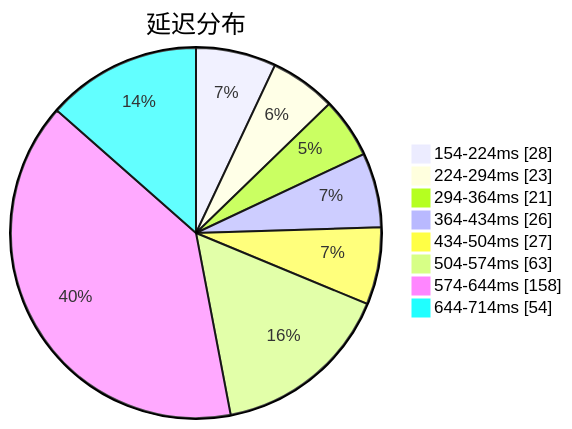
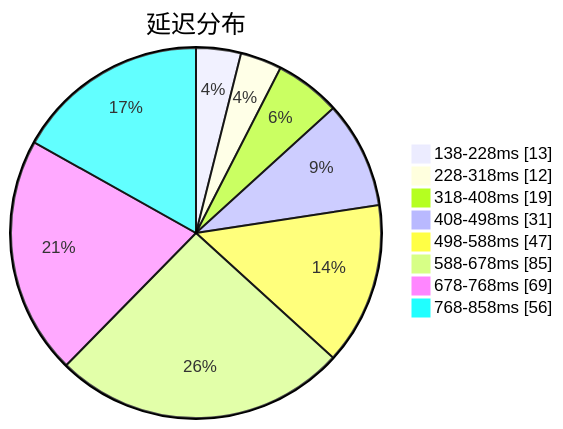
Before and after one commit to qjlxg/airport: the first of 3 diagrams in subs/statistics/tested_within.md, drawn with Mermaid. The commit also changed other lines of this file and 2 other files, not shown here.

Commit message:
Tested by metaST

````diff
--- a/subs/statistics/tested_within.md
+++ b/subs/statistics/tested_within.md
@@ -2,12 +2,12 @@
 ```mermaid
 pie showData
 title 延迟分布
-"154-224ms" : 28
-"224-294ms" : 23
-"294-364ms" : 21
-"364-434ms" : 26
-"434-504ms" : 27
-"504-574ms" : 63
-"574-644ms" : 158
-"644-714ms" : 54
+"138-228ms" : 13
+"228-318ms" : 12
+"318-408ms" : 19
+"408-498ms" : 31
+"498-588ms" : 47
+"588-678ms" : 85
+"678-768ms" : 69
+"768-858ms" : 56
 ```
````
